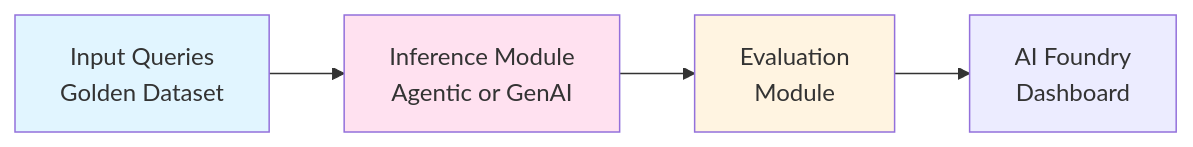
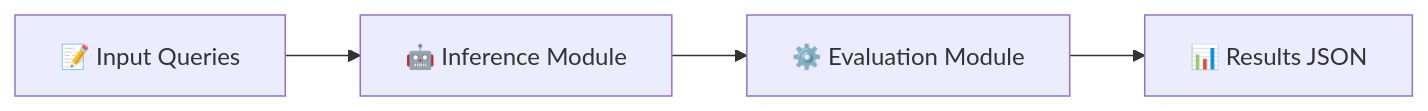
One commit to Azure-Samples/Agentic-Evaluations changed the third of 4 diagrams in README.md. Above: the diagram before and after it, drawn with Mermaid. The commit also changed other lines of this file and 13 other files, not shown here.

````diff
--- a/README.md
+++ b/README.md
@@ -97,12 +227,6 @@
 ```mermaid
-graph LR
-    A[Input Queries<br/>Golden Dataset] --> B[Inference Module <br/> Agentic or GenAI]
-    B --> C[Evaluation<br/>Module]
-    C --> D[AI Foundry<br/>Dashboard]
-    
-    style A fill:#e1f5ff
-    style B fill:#ffe1f0
-    style C fill:#fff4e1
-    style D fill:#fff4e
- 
+flowchart LR
+    A[📝 Input Queries] --> B[🤖 Inference Module]
+    B --> C[⚙️ Evaluation Module]
+    C --> D[📊 Results JSON]
 ```
````
